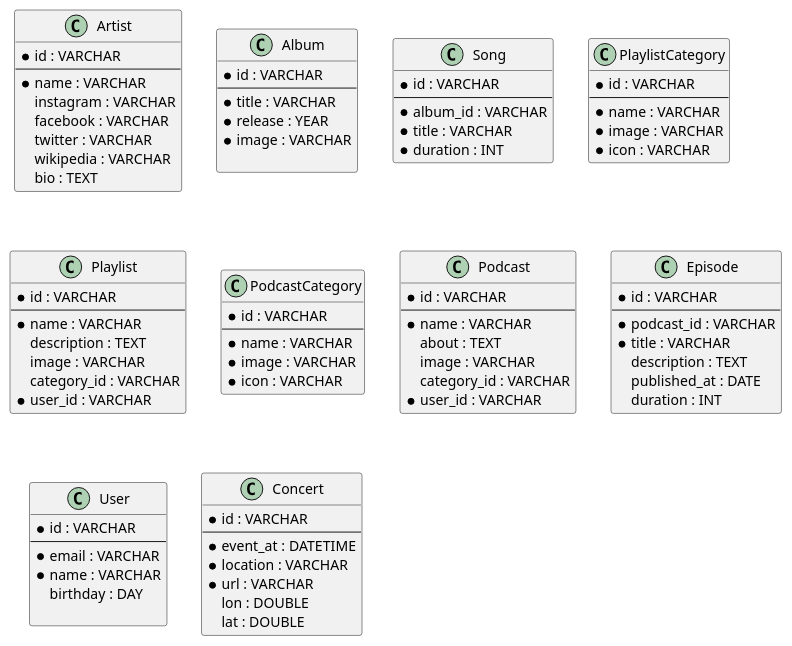
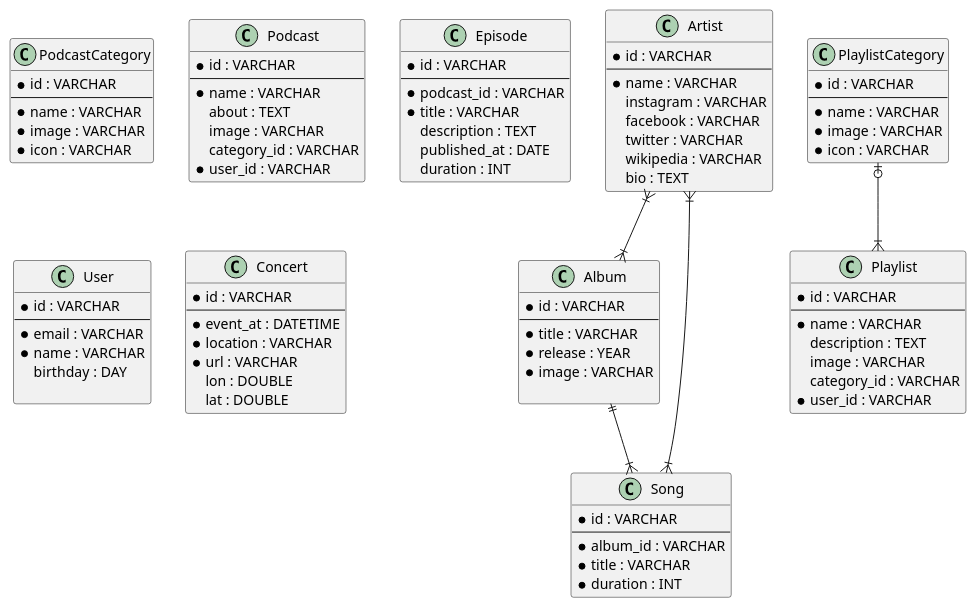
One commit to abuabdirohman4/db-mysql changed the diagram in spotify.puml. Above: the diagram before and after it, drawn with PlantUML.

Commit message:
add : create 4 relation

```diff
--- a/spotify.puml
+++ b/spotify.puml
@@ -1,86 +1,91 @@
 @startuml Spotify
 class Artist {
     * id : VARCHAR
     --
     * name : VARCHAR
     instagram : VARCHAR
     facebook : VARCHAR
     twitter : VARCHAR
     wikipedia : VARCHAR
     bio : TEXT
 }
 class Album {
     * id : VARCHAR
     --
     * title : VARCHAR
     * release : YEAR
     * image : VARCHAR
 
 }
 class Song {
     * id : VARCHAR
     --
     * album_id : VARCHAR
     * title : VARCHAR
     * duration : INT
 }
 class PlaylistCategory {
     * id : VARCHAR
     --
     * name : VARCHAR
     * image : VARCHAR
     * icon : VARCHAR
 }
 class Playlist {
     * id : VARCHAR
     --
     * name : VARCHAR
     description : TEXT
     image : VARCHAR
     category_id : VARCHAR
     * user_id : VARCHAR
 }
 class PodcastCategory {
     * id : VARCHAR
     --
     * name : VARCHAR
     * image : VARCHAR
     * icon : VARCHAR
 }
 class Podcast {
     * id : VARCHAR
     --
     * name : VARCHAR
     about : TEXT
     image : VARCHAR
     category_id : VARCHAR
     * user_id : VARCHAR
 }
 class Episode {
     * id : VARCHAR
     --
     * podcast_id : VARCHAR
     * title : VARCHAR
     description : TEXT
     published_at : DATE
     duration : INT
 }
 class User {
     * id : VARCHAR 
     --
     * email : VARCHAR
     * name : VARCHAR
     birthday : DAY
 
 }
 class Concert {
     * id : VARCHAR
     --
     * event_at : DATETIME
     * location : VARCHAR
     * url : VARCHAR
     lon : DOUBLE
     lat : DOUBLE
 }
 
+Artist }|--|{ Album
+Album ||--|{Song
+Artist }|--|{ Song
+PlaylistCategory |o--|{ Playlist
+
 @enduml
```
